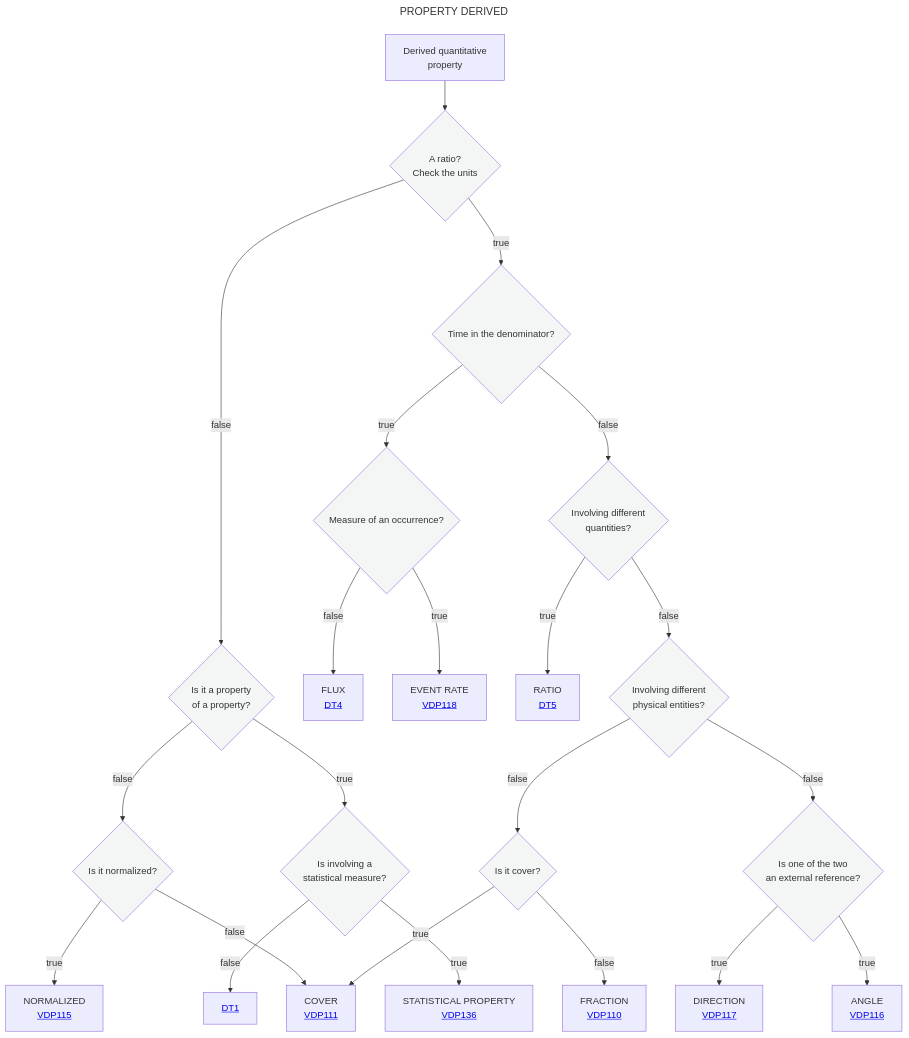
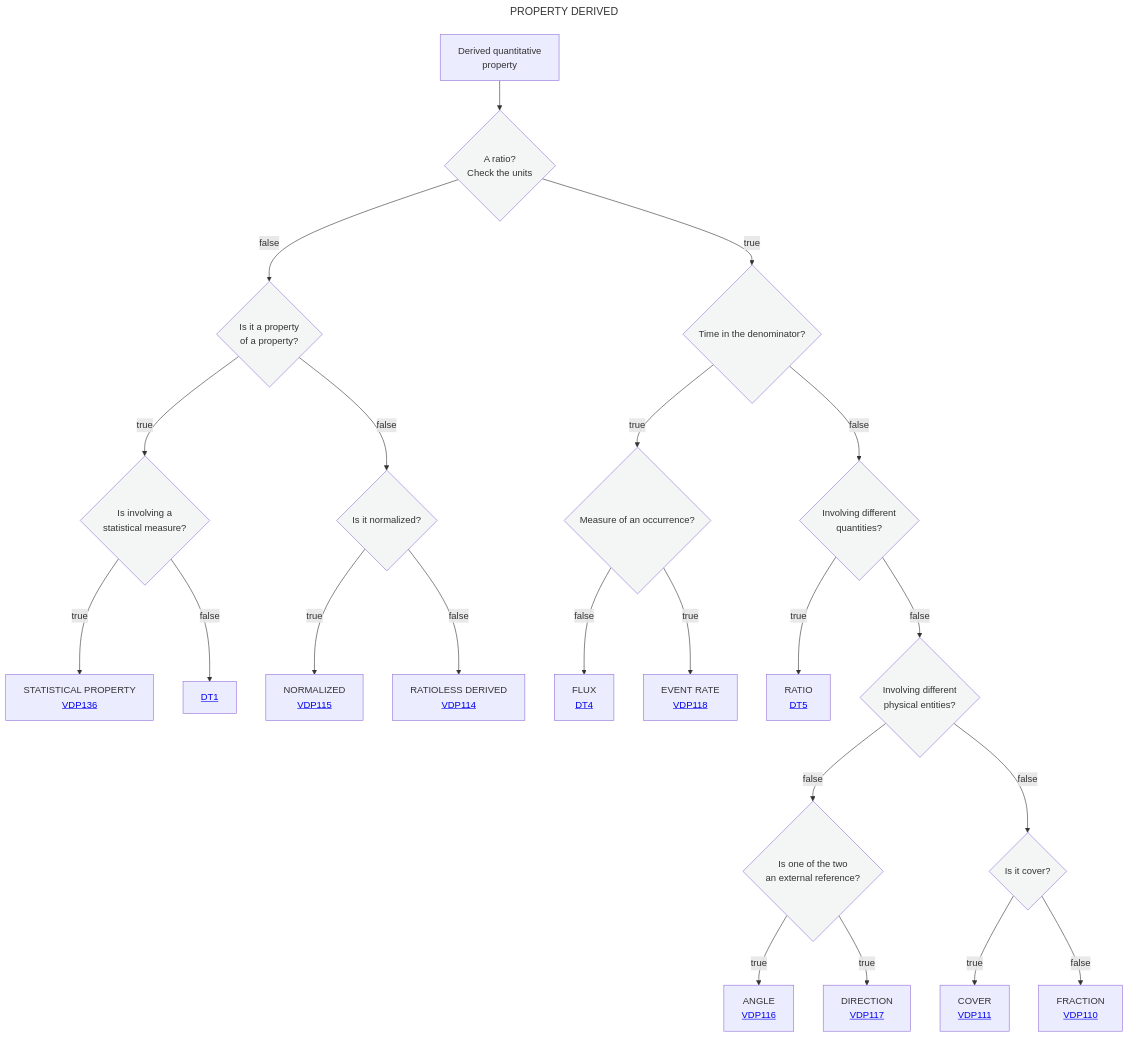
One commit to mabablue/I-ADOPT-patterns-playground changed the diagram in Decisition_trees/DT3.mmd. Above: the diagram before and after it, drawn with Mermaid.

Commit message:
Rename node from U to X in decision tree

```diff
--- a/Decisition_trees/DT3.mmd
+++ b/Decisition_trees/DT3.mmd
@@ -1,29 +1,29 @@
 ---
 title: PROPERTY DERIVED
 ---
 flowchart TD
     A[Derived quantitative <br> property] --> B{A ratio?<br>Check the units}:::white
     B --> |true|N{Time in the denominator?}:::white
     B --> |false|C{Is it a property <br> of a property?}:::white
     C --> |true|D{Is involving a <br> statistical measure?}:::white
     D --> |true|G[STATISTICAL PROPERTY <br> <a href='https://github.com/mabablue/I-ADOPT-patterns-playground/blob/main/pattern/VDP136.yaml'>VDP136</a>]
     D --> |false|F[<a href='https://github.com/mabablue/I-ADOPT-patterns-playground/blob/main/Decisition_trees/DT2.mmd'>DT1</a>]
     C --> |false|I{Is it normalized?}:::white
     I --> |true|T[NORMALIZED <br> <a href='https://github.com/mabablue/I-ADOPT-patterns-playground/blob/main/pattern/VDP115.yaml'>VDP115</a>]
     I --> |false|U[RATIOLESS DERIVED <br> <a href='https://github.com/mabablue/I-ADOPT-patterns-playground/blob/main/pattern/VDP114.yaml'>VDP114</a>]
     N --> |true|E{Measure of an occurrence?}:::white
     E --> |false|K[FLUX <br> <a href='https://github.com/mabablue/I-ADOPT-patterns-playground/blob/main/Decisition_trees/DT4.mmd'> DT4</a>]
     E --> |true|J[EVENT RATE <br> <a href='https://github.com/mabablue/I-ADOPT-patterns-playground/blob/main/pattern/VDP118.yaml'>VDP118</a>]
     N --> |false|O{Involving different <br> quantities?}:::white
     O --> |true|P[RATIO <br> <a href='https://github.com/mabablue/I-ADOPT-patterns-playground/blob/main/Decisition_trees/DT5.mmd'> DT5</a>]
     O --> |false|Q{Involving different <br> physical entities?}:::white
     Q --> |false|R{Is one of the two <br> an external reference?}:::white
     R --> |true|L[ANGLE <br> <a href='https://github.com/mabablue/I-ADOPT-patterns-playground/blob/main/pattern/VDP116.yaml'>VDP116</a>]
     R --> |true|M[DIRECTION <br> <a href='https://github.com/mabablue/I-ADOPT-patterns-playground/blob/main/pattern/VDP117.yaml'>VDP117</a>]
     Q --> |false|S{Is it cover?}:::white
-    S --> |true|U[COVER <br> <a href='https://github.com/mabablue/I-ADOPT-patterns-playground/blob/main/pattern/VDP111.yaml'>VDP111</a>]
+    S --> |true|X[COVER <br> <a href='https://github.com/mabablue/I-ADOPT-patterns-playground/blob/main/pattern/VDP111.yaml'>VDP111</a>]
     S --> |false|V[FRACTION <br> <a href='https://github.com/mabablue/I-ADOPT-patterns-playground/blob/main/pattern/VDP110.yaml'>VDP110</a>]
    classDef blue fill:#90D5FF
    classDef satblue fill:#57B9FF 
    classDef white fill:#f3f6f4
    classDef green fill:#6aa84f
```
